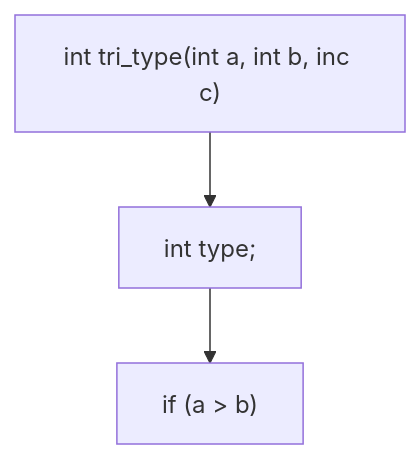
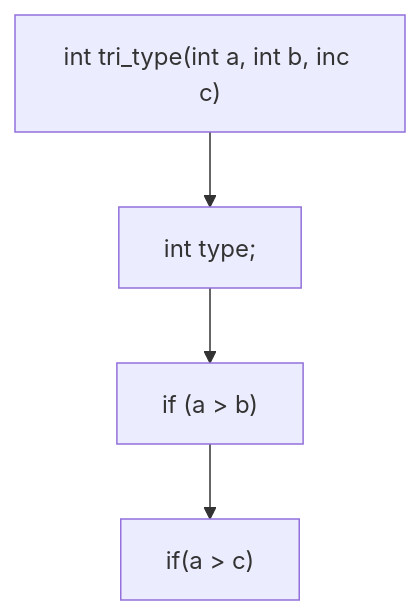
Before and after one commit to hajer78945/eng5: the second of 2 diagrams in README.md, drawn with Mermaid.

````diff
--- a/README.md
+++ b/README.md
@@ -203,9 +203,11 @@
 ```mermaid
 graph TD;
 id1["int tri_type(int a, int b, inc c)"]
 id2["int type;"]
 id1 --> id2;
 id3["if (a > b)"]
 id2 --> id3;
+id4["if(a > c)"]
+id3 --> id4;
 
 ```
````
